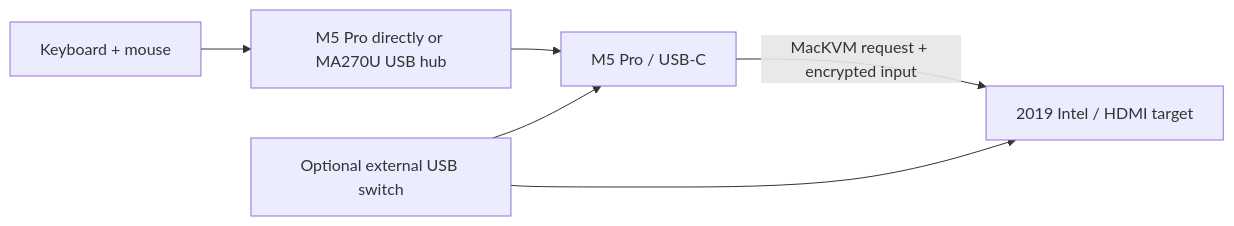
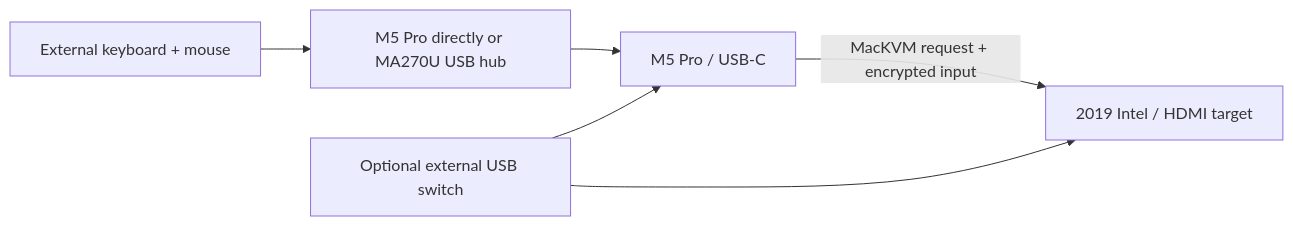
Before and after one commit to rudinyu/MacKVM: the fifth of 5 diagrams in ARCHITECTURE.md, drawn with Mermaid. The commit also changed other lines of this file and 36 other files, not shown here.

````diff
--- a/ARCHITECTURE.md
+++ b/ARCHITECTURE.md
@@ -220,8 +220,8 @@
 ```mermaid
 flowchart LR
-    KM["Keyboard + mouse"] --> HUB["M5 Pro directly or MA270U USB hub"]
+    KM["External keyboard + mouse"] --> HUB["M5 Pro directly or MA270U USB hub"]
     HUB --> M5["M5 Pro / USB-C"]
     M5 -->|"MacKVM request + encrypted input"| INTEL["2019 Intel / HDMI target"]
     SWITCH["Optional external USB switch"] --> M5
     SWITCH --> INTEL
 ```
````
